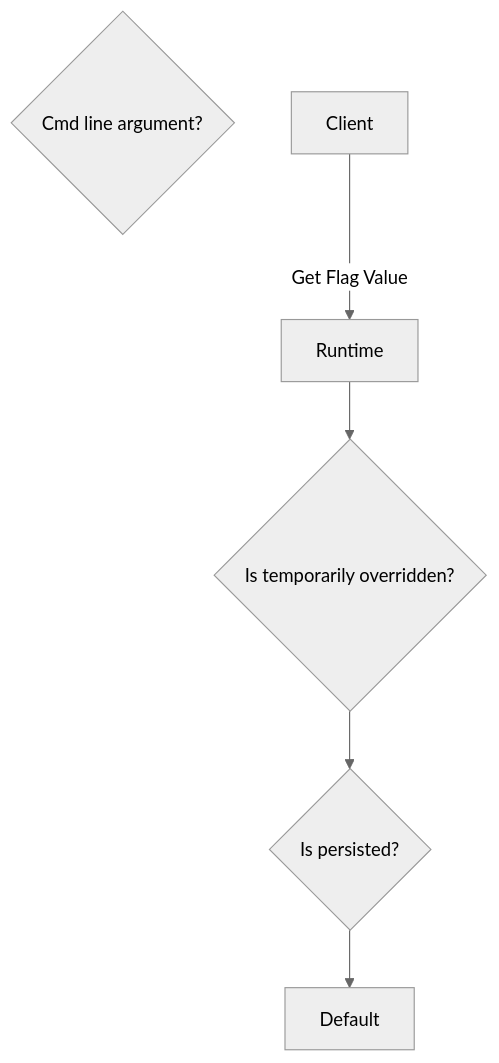
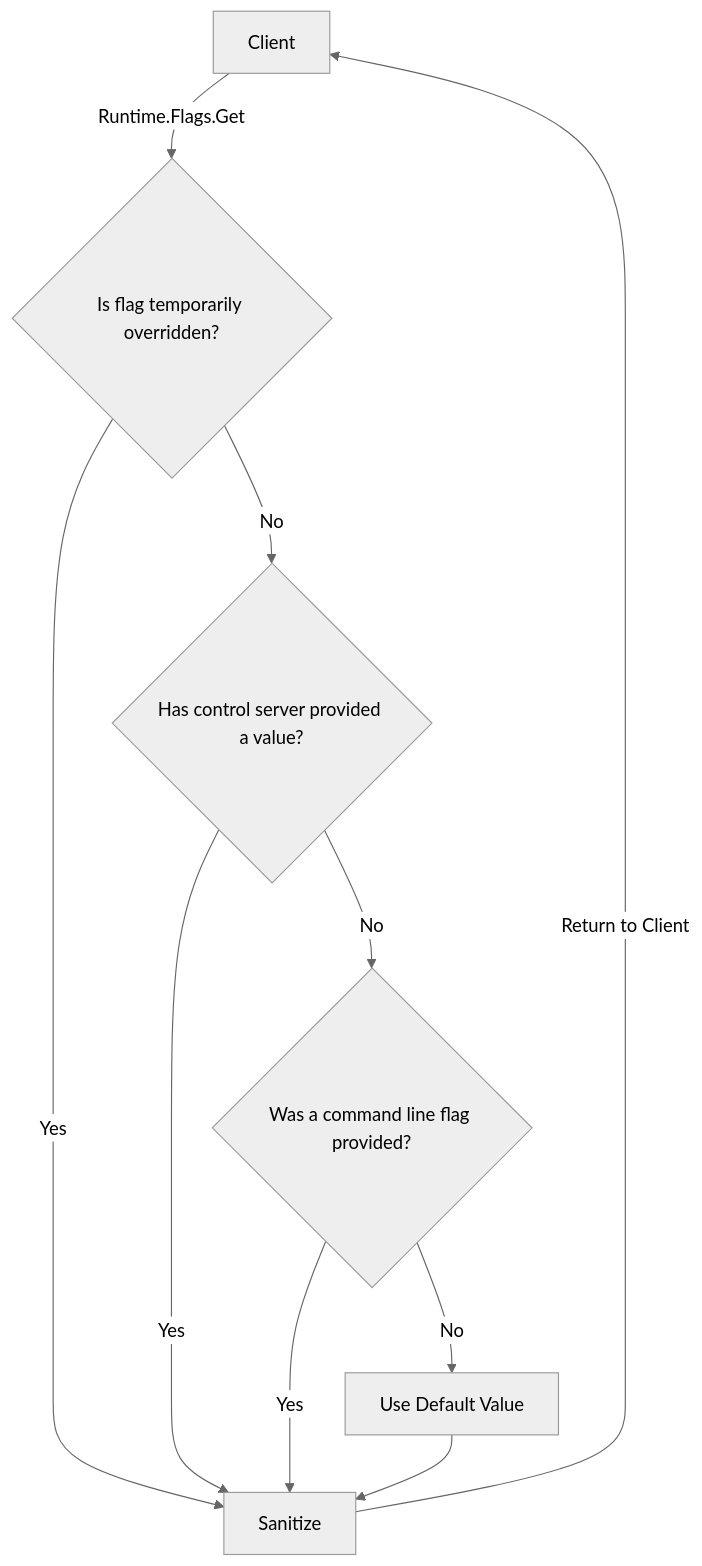
One commit to seejdev/launcher changed the first of 2 diagrams in docs/architecture/runtime.md. Above: the diagram before and after it, drawn with Mermaid (neutral theme). The commit also changed other lines of this file, not shown here.

````diff
--- a/docs/architecture/runtime.md
+++ b/docs/architecture/runtime.md
@@ -5,14 +5,24 @@
 ```mermaid
 flowchart TB
-    tempOverride{Is temporarily overridden?}
-    persisted{Is persisted?}
-    cmd{Cmd line argument?}
+    A[Client]
+    C[Use Default Value]
+    D[Sanitize]
+    E{Is flag temporarily overridden?}
+    F{Has control server provided a value?}
+    G{Was a command line flag provided?}
 
-    Client -->|Get Flag Value|Runtime
+    A -->|Runtime.Flags.Get| E
+    E -->|Yes| D
+    E -->|No| F
 
-    Runtime --> tempOverride
+    F -->|Yes| D
+    F -->|No| G
 
-    tempOverride --> persisted
+    G -->|Yes| D
+    G -->|No| C
 
-    persisted --> Default
+    C --> D
+
+    D -->|Return to Client| A
+
 ```
````
